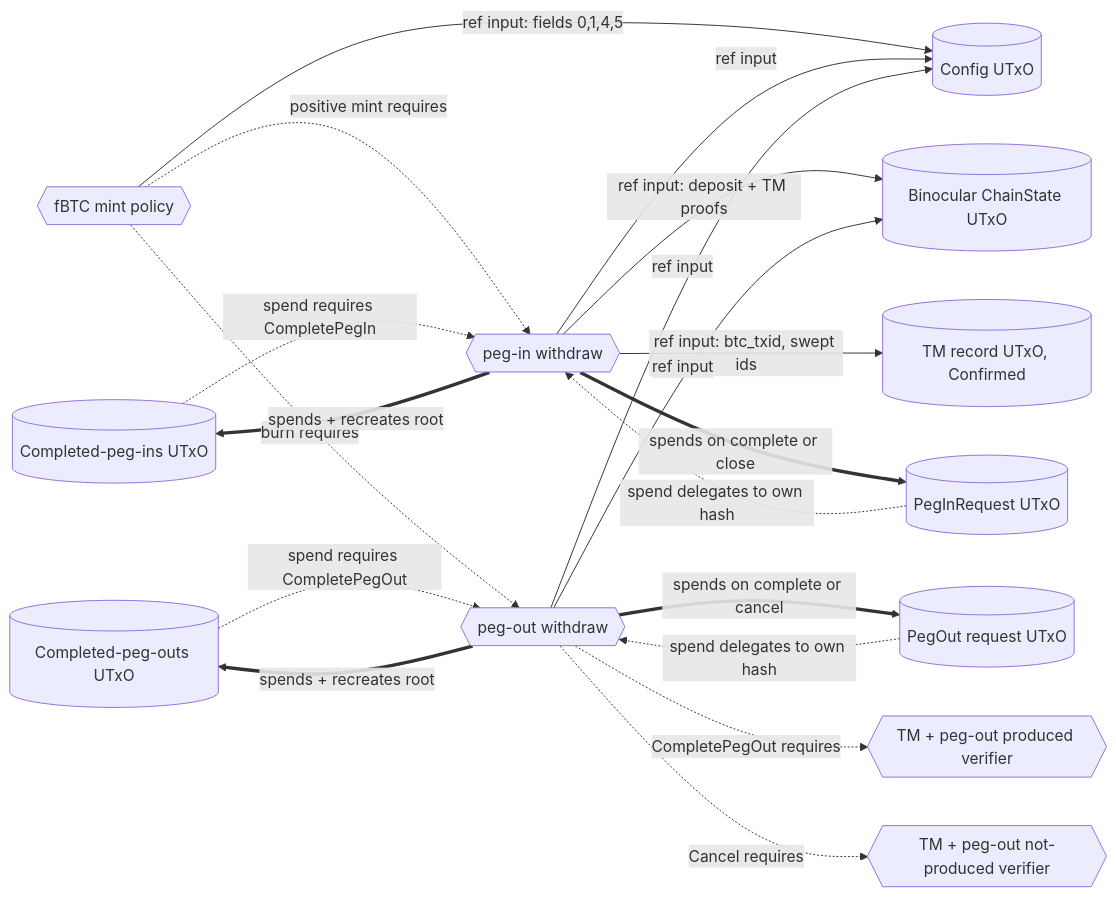
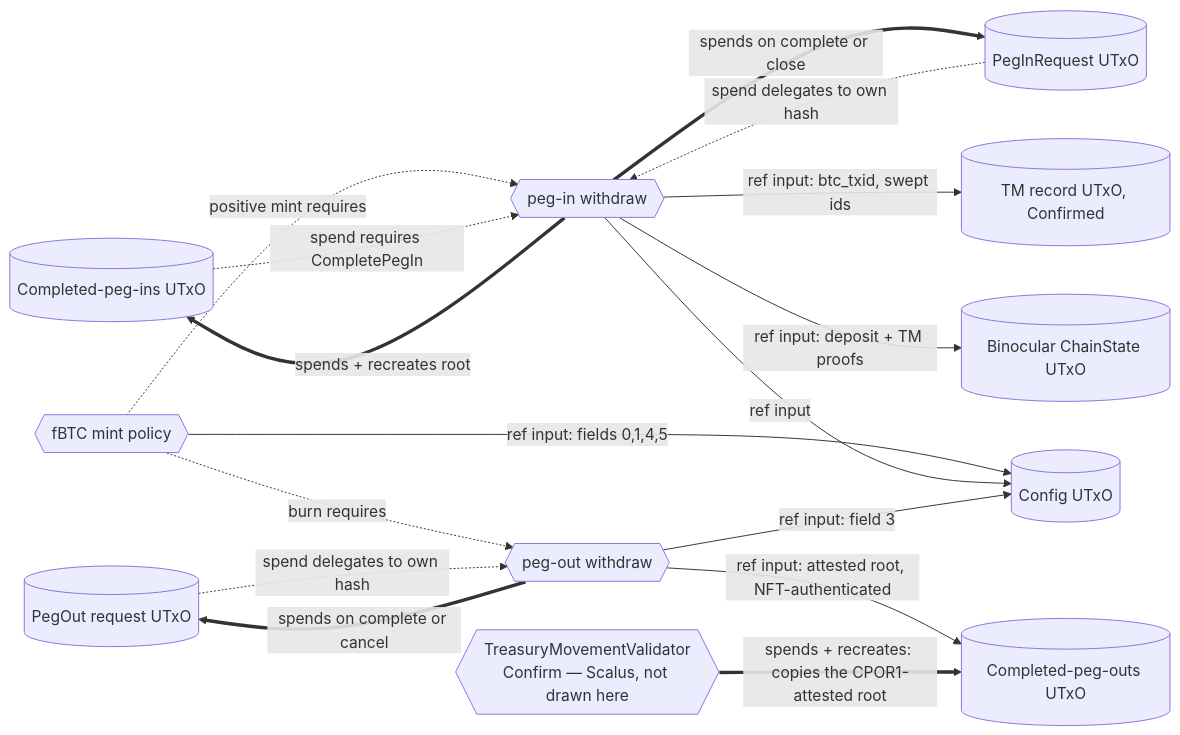
The fifth of 20 diagrams in documentation/technical_documentation.md (rssh/ft-bifrost-bridge), drawn with Mermaid before and after one commit. The commit also changed other lines of this file and 1 other file, not shown here.

````diff
--- a/documentation/technical_documentation.md
+++ b/documentation/technical_documentation.md
@@ -709,38 +728,34 @@
 ```mermaid
 flowchart LR
     ConfigU[(Config UTxO)]
     OracleU[(Binocular ChainState UTxO)]
     TMU[(TM record UTxO, Confirmed)]
     CPIU[(Completed-peg-ins UTxO)]
     CPOU[(Completed-peg-outs UTxO)]
     PIR[(PegInRequest UTxO)]
     POR[(PegOut request UTxO)]
 
     fbtc{{fBTC mint policy}}
     piw{{peg-in withdraw}}
     pow{{peg-out withdraw}}
-    ver1{{TM + peg-out produced verifier}}
-    ver2{{TM + peg-out not-produced verifier}}
+    tmv{{TreasuryMovementValidator<br/>Confirm — Scalus, not drawn here}}
 
     fbtc -->|ref input: fields 0,1,4,5| ConfigU
     fbtc -.->|positive mint requires| piw
     fbtc -.->|burn requires| pow
 
     piw -->|ref input| ConfigU
     piw -->|ref input: deposit + TM proofs| OracleU
     piw -->|ref input: btc_txid, swept ids| TMU
     piw ==>|spends + recreates root| CPIU
     piw ==>|spends on complete or close| PIR
 
-    pow -->|ref input| ConfigU
-    pow -->|ref input| OracleU
-    pow ==>|spends + recreates root| CPOU
+    pow -->|ref input: field 3| ConfigU
+    pow -->|ref input: attested root, NFT-authenticated| CPOU
     pow ==>|spends on complete or cancel| POR
-    pow -.->|CompletePegOut requires| ver1
-    pow -.->|Cancel requires| ver2
+    tmv ==>|spends + recreates: copies the CPOR1-attested root| CPOU
 
     PIR -.->|spend delegates to own hash| piw
     POR -.->|spend delegates to own hash| pow
     CPIU -.->|spend requires CompletePegIn| piw
-    CPOU -.->|spend requires CompletePegOut| pow
 ```
````
